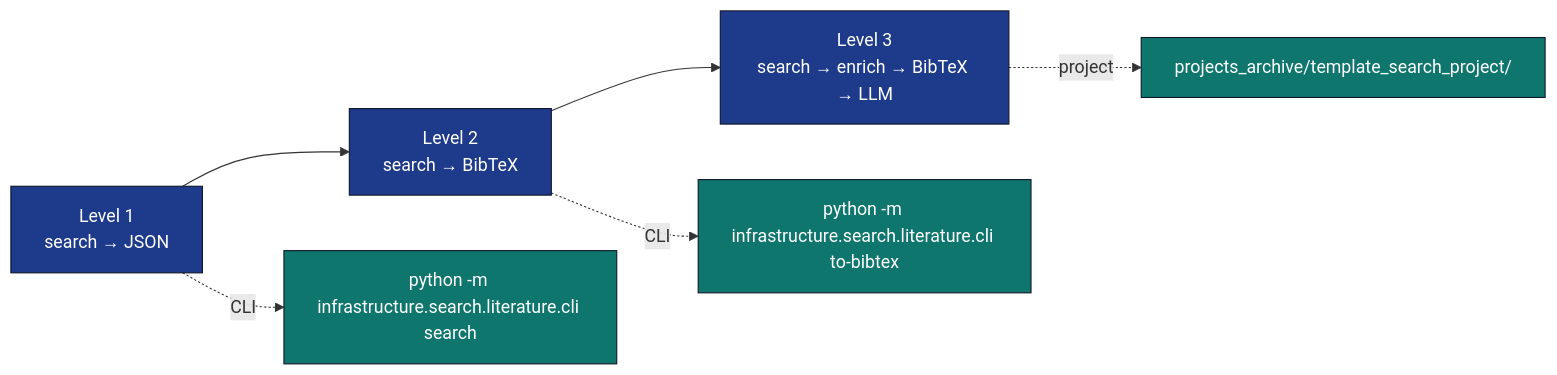
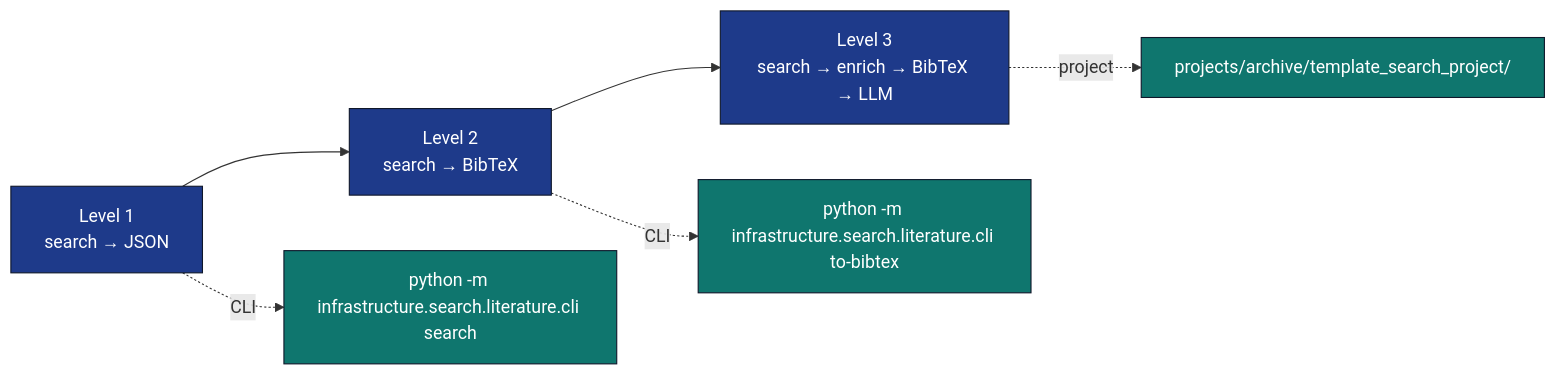
One commit to docxology/template changed the diagram in docs/guides/literature-workflow-guide.md. Above: the diagram before and after it, drawn with Mermaid. The commit also changed other lines of this file and 1821 other files, not shown here.

````diff
--- a/docs/guides/literature-workflow-guide.md
+++ b/docs/guides/literature-workflow-guide.md
@@ -8,13 +8,13 @@
 ```mermaid
 flowchart LR
     LV1[Level 1<br/>search → JSON] --> LV2[Level 2<br/>search → BibTeX]
     LV2 --> LV3[Level 3<br/>search → enrich → BibTeX → LLM]
     LV1 -. CLI .-> CLI1[python -m infrastructure.search.literature.cli search]
     LV2 -. CLI .-> CLI2[python -m infrastructure.search.literature.cli to-bibtex]
-    LV3 -. project .-> PROJ[projects_archive/template_search_project/]
+    LV3 -. project .-> PROJ[projects/archive/template_search_project/]
 
     classDef level fill:#1e3a8a,stroke:#0f172a,color:#fff
     classDef tool fill:#0f766e,stroke:#0f172a,color:#fff
     class LV1,LV2,LV3 level
     class CLI1,CLI2,PROJ tool
 ```
````
